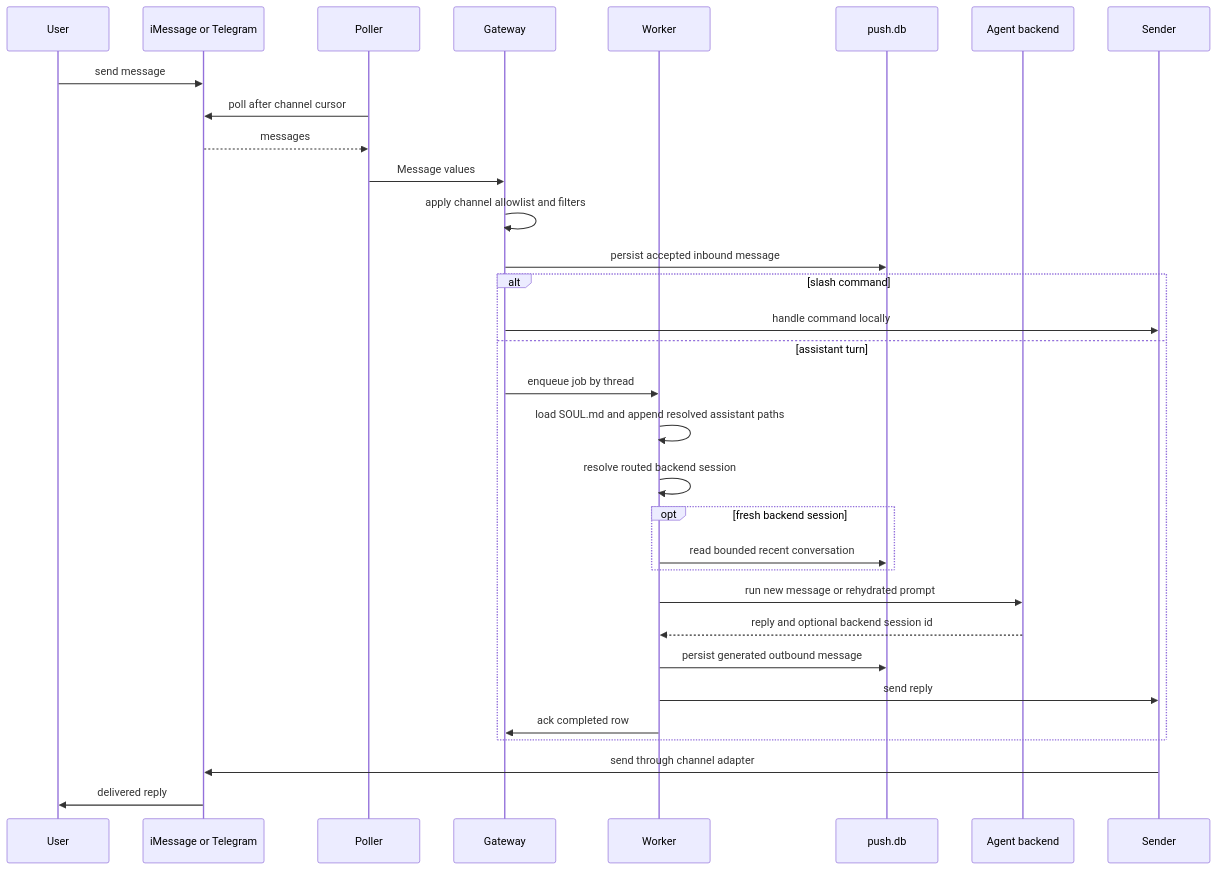
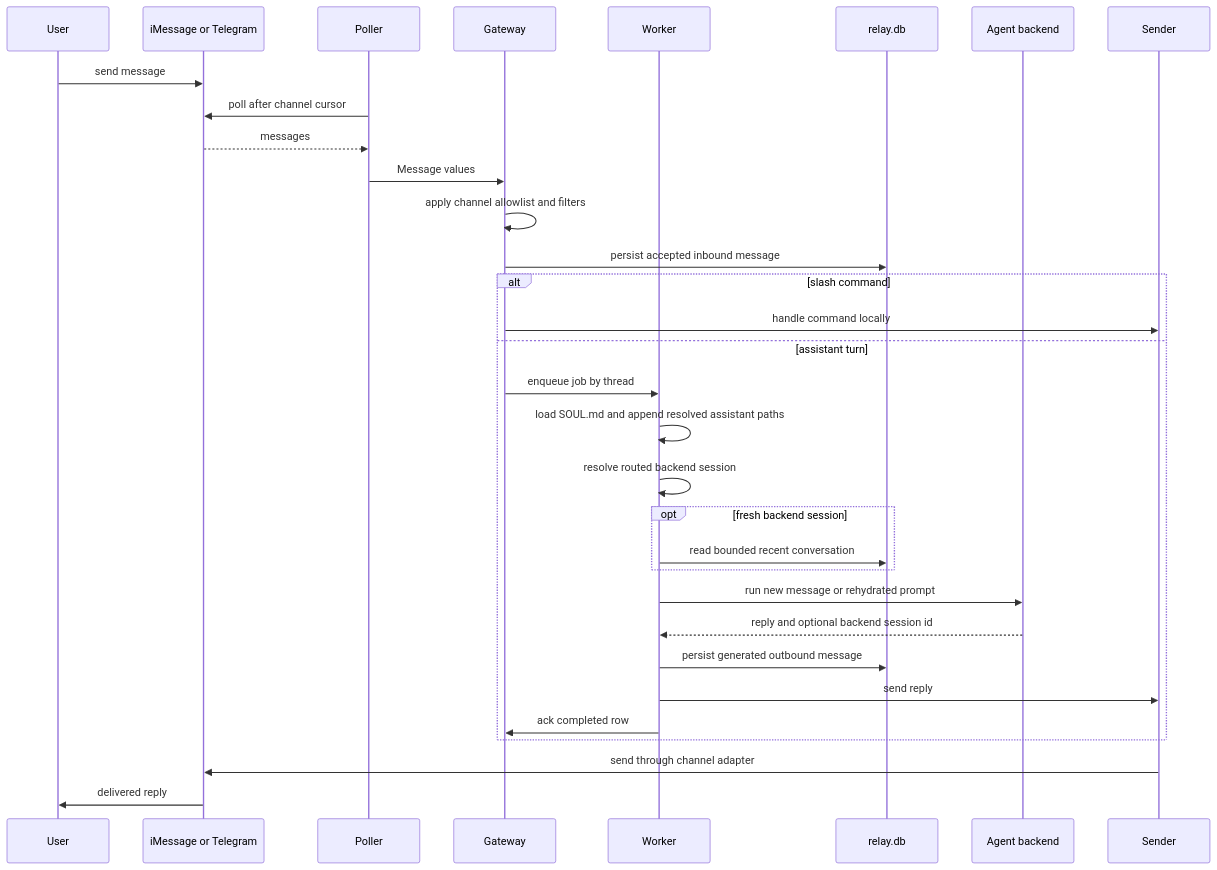
Before and after one commit to edheltzel/Relay: the second of 2 diagrams in docs/architecture.md, drawn with Mermaid. The commit also changed other lines of this file and 59 other files, not shown here.

First line of the commit message:
refactor: rename Push to Relay

````diff
--- a/docs/architecture.md
+++ b/docs/architecture.md
@@ -138,35 +138,35 @@
 ```mermaid
 sequenceDiagram
     participant U as User
     participant C as iMessage or Telegram
     participant P as Poller
     participant G as Gateway
     participant W as Worker
-    participant H as push.db
+    participant H as relay.db
     participant A as Agent backend
     participant S as Sender
 
     U->>C: send message
     P->>C: poll after channel cursor
     C-->>P: messages
     P->>G: Message values
     G->>G: apply channel allowlist and filters
     G->>H: persist accepted inbound message
     alt slash command
         G->>S: handle command locally
     else assistant turn
         G->>W: enqueue job by thread
         W->>W: load SOUL.md and append resolved assistant paths
         W->>W: resolve routed backend session
         opt fresh backend session
             W->>H: read bounded recent conversation
         end
         W->>A: run new message or rehydrated prompt
         A-->>W: reply and optional backend session id
         W->>H: persist generated outbound message
         W->>S: send reply
         W->>G: ack completed row
     end
     S->>C: send through channel adapter
     C->>U: delivered reply
 ```
````
